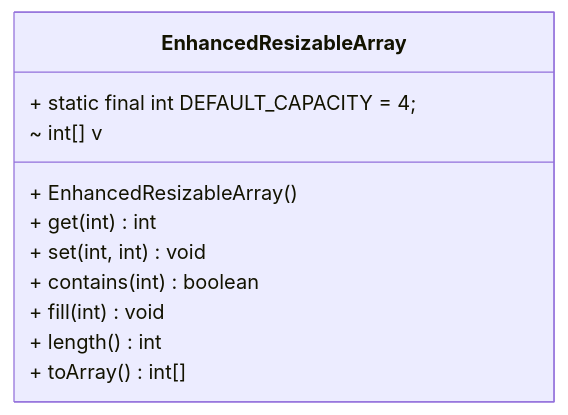
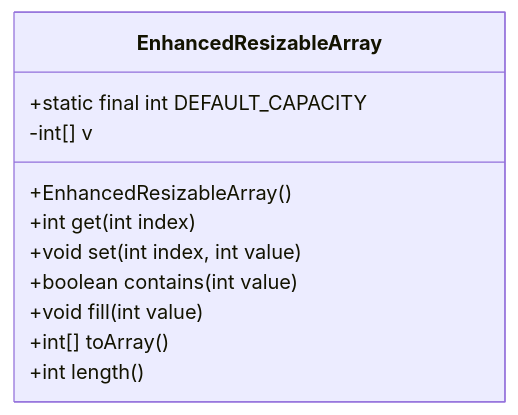
One commit to MarinCervinschi/ObjectOrientedProgramming changed the sixth of 13 diagrams in exercices/src/main/java/oop/README.md. Above: the diagram before and after it, drawn with Mermaid. The commit also changed other lines of this file and 21 other files, not shown here.

````diff
--- a/exercices/src/main/java/oop/README.md
+++ b/exercices/src/main/java/oop/README.md
@@ -190,15 +195,14 @@
 ```mermaid
 classDiagram
-direction BT
-class EnhancedResizableArray {
-  + static final int DEFAULT_CAPACITY = 4;
-  ~ int[] v
-  + EnhancedResizableArray() 
-  + get(int) int
-  + set(int, int) void
-  + contains(int) boolean
-  + fill(int) void
-  + length() int
-  + toArray() int[]
-}
+    class EnhancedResizableArray {
+        +static final int DEFAULT_CAPACITY
+        -int[] v
+        +EnhancedResizableArray()
+        +int get(int index)
+        +void set(int index, int value)
+        +boolean contains(int value)
+        +void fill(int value)
+        +int[] toArray()
+        +int length()
+    }
 ```
````
